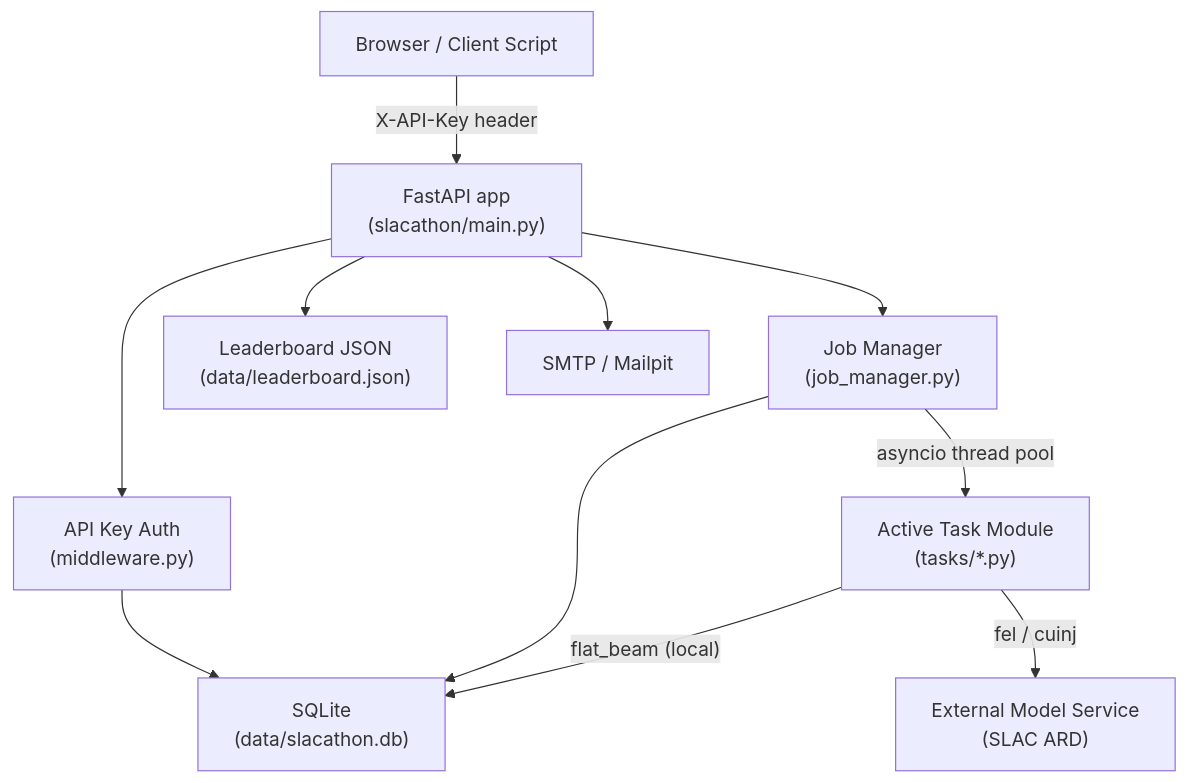
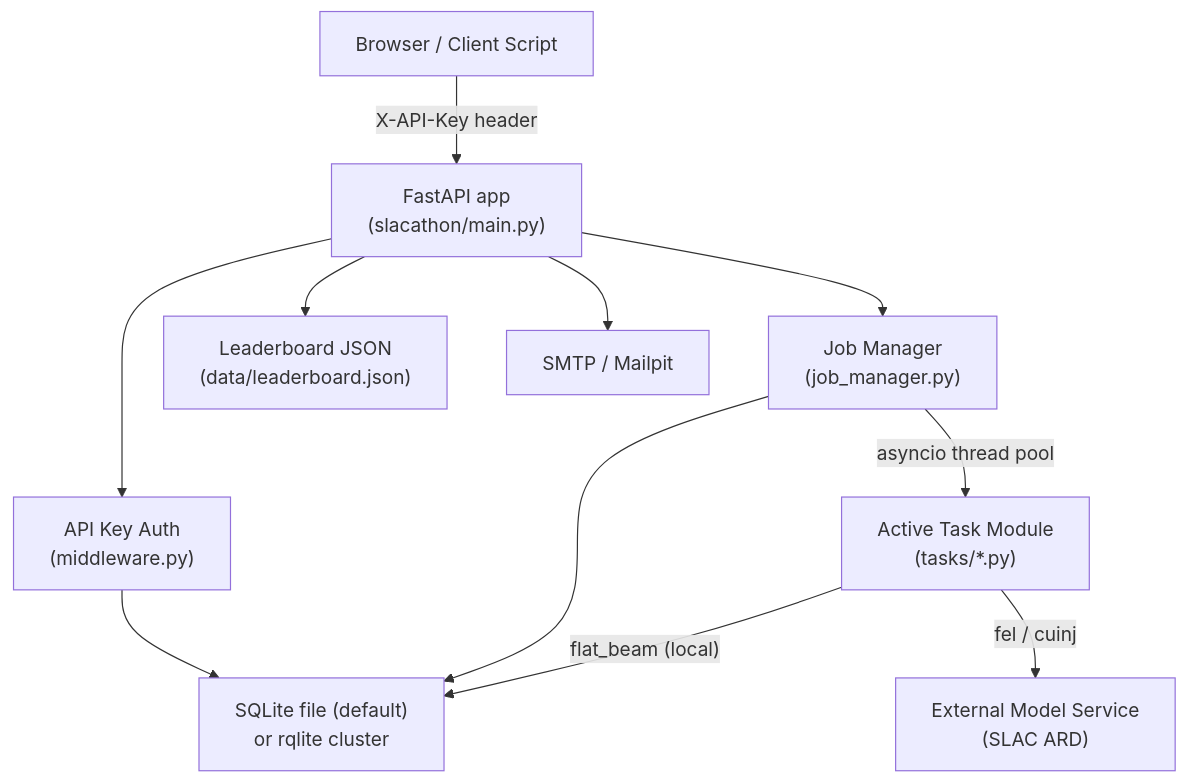
The diagram in docs/architecture/overview.md (slaclab/slacathon26), drawn with Mermaid before and after one commit. The commit also changed other lines of this file and 24 other files, not shown here.

First line of the commit message:
feat(db): add rqlite storage backend alongside embedded sqlite

````diff
--- a/docs/architecture/overview.md
+++ b/docs/architecture/overview.md
@@ -7,23 +7,23 @@
 ```mermaid
 graph TD
     Browser["Browser / Client Script"]
     API["FastAPI app\n(slacathon/main.py)"]
     Auth["API Key Auth\n(middleware.py)"]
     JobMgr["Job Manager\n(job_manager.py)"]
     Task["Active Task Module\n(tasks/*.py)"]
-    DB["SQLite\n(data/slacathon.db)"]
+    DB["SQLite file (default)\nor rqlite cluster"]
     LB["Leaderboard JSON\n(data/leaderboard.json)"]
     ExSvc["External Model Service\n(SLAC ARD)"]
     Email["SMTP / Mailpit"]
 
     Browser -->|"X-API-Key header"| API
     API --> Auth
     Auth --> DB
     API --> JobMgr
     JobMgr --> DB
     JobMgr -->|"asyncio thread pool"| Task
     Task -->|"flat_beam (local)"| DB
     Task -->|"fel / cuinj"| ExSvc
     API --> LB
     API --> Email
 ```
````
